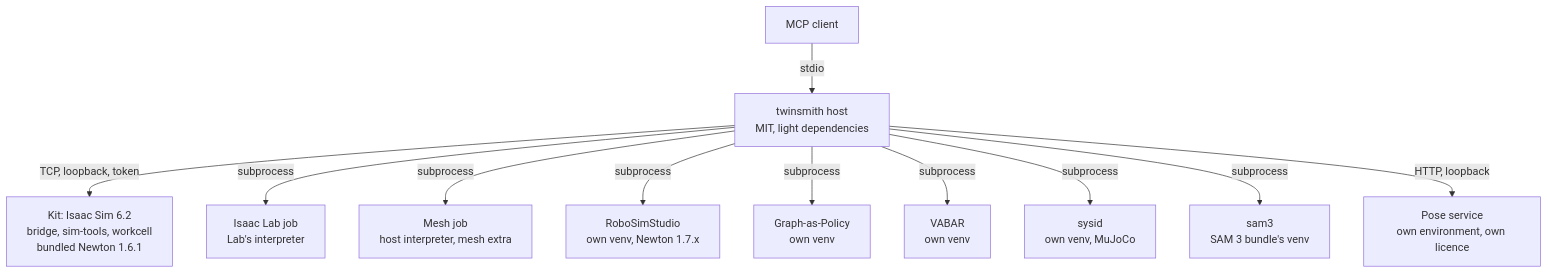
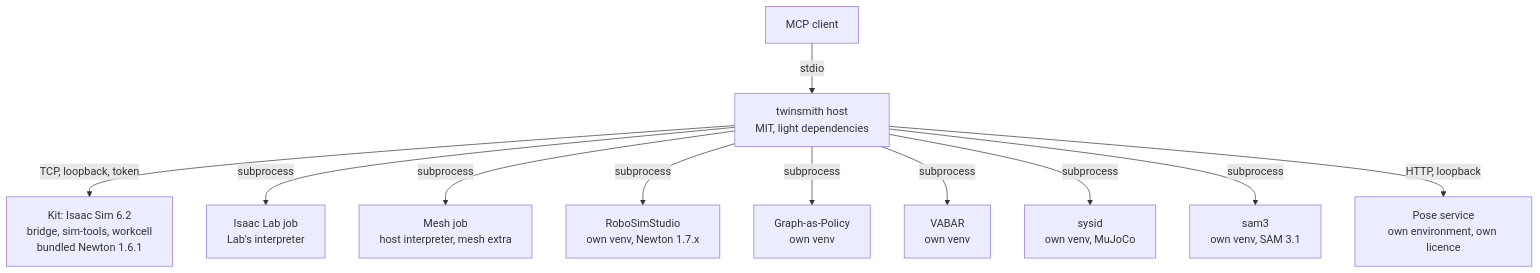
Before and after one commit to kalebcoleman/twinsmith: the diagram in docs/ARCHITECTURE.md, drawn with Mermaid. The commit also changed other lines of this file and 14 other files, not shown here.

First line of the commit message:
sam3: SAM 3.1 (Object Multiplex) is the model, in the tool's own environment

````diff
--- a/docs/ARCHITECTURE.md
+++ b/docs/ARCHITECTURE.md
@@ -345,13 +345,13 @@
 ```mermaid
 flowchart TB
     client[MCP client] -- stdio --> host[twinsmith host<br/>MIT, light dependencies]
     host -- "TCP, loopback, token" --> kit[Kit: Isaac Sim 6.2<br/>bridge, sim-tools, workcell<br/>bundled Newton 1.6.1]
     host -- subprocess --> lab[Isaac Lab job<br/>Lab's interpreter]
     host -- subprocess --> mesh[Mesh job<br/>host interpreter, mesh extra]
     host -- subprocess --> rss[RoboSimStudio<br/>own venv, Newton 1.7.x]
     host -- subprocess --> gap[Graph-as-Policy<br/>own venv]
     host -- subprocess --> vabar[VABAR<br/>own venv]
     host -- subprocess --> sysid[sysid<br/>own venv, MuJoCo]
-    host -- subprocess --> sam3[sam3<br/>SAM 3 bundle's venv]
+    host -- subprocess --> sam3[sam3<br/>own venv, SAM 3.1]
     host -- "HTTP, loopback" --> pose[Pose service<br/>own environment, own licence]
 ```
````
